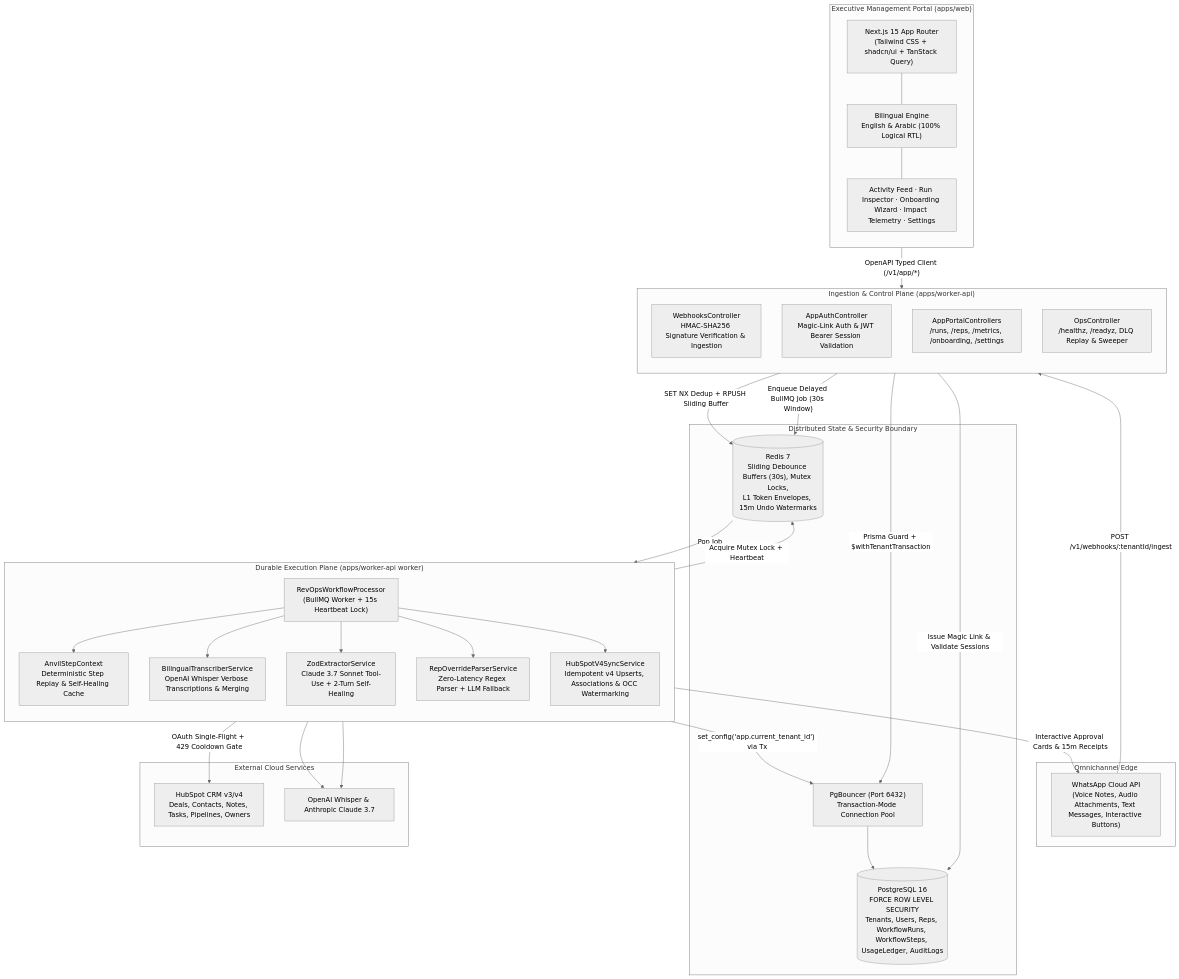
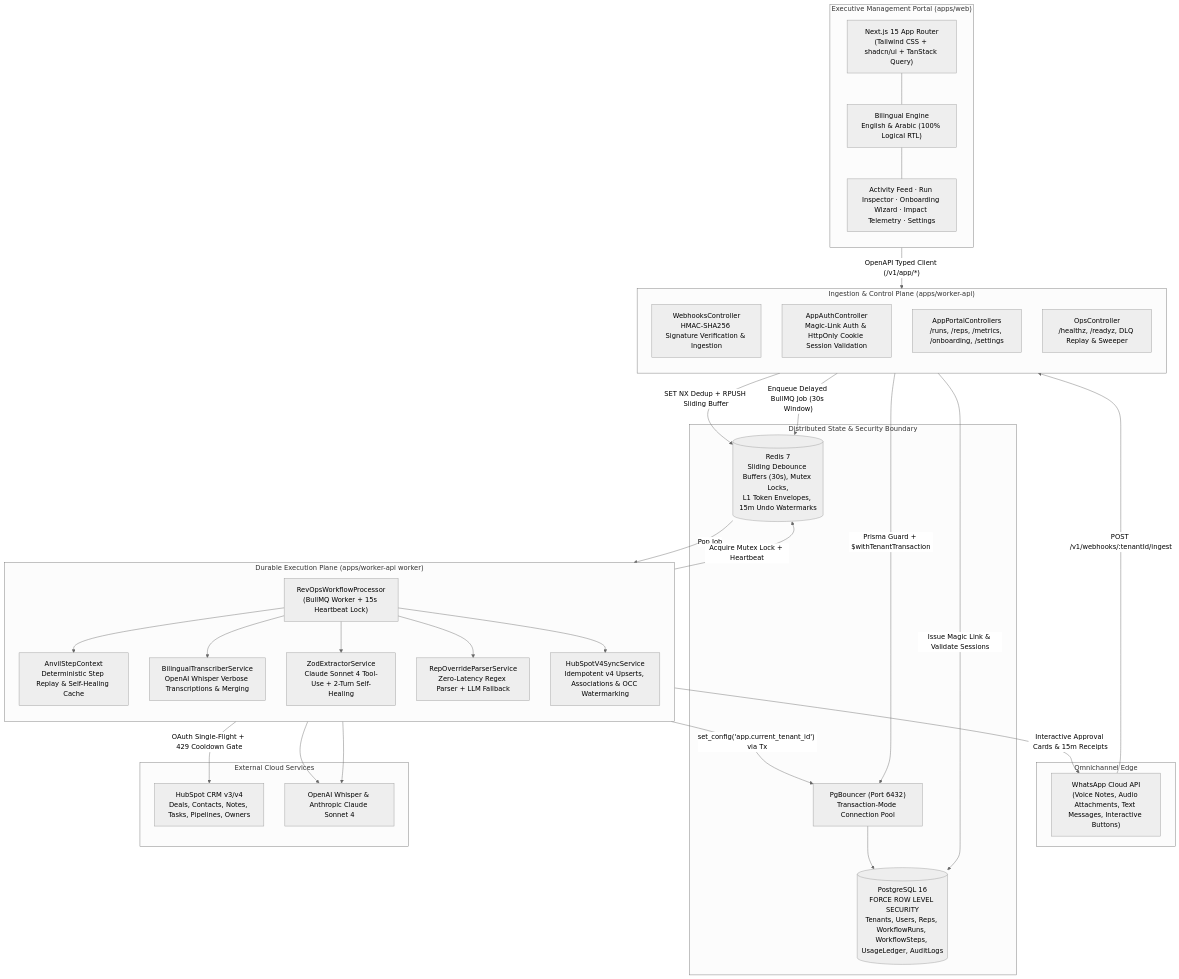
One commit to mo74x/vexel changed the first of 5 diagrams in README.md. Above: the diagram before and after it, drawn with Mermaid (neutral theme). The commit also changed other lines of this file and 9 other files, not shown here.

````diff
--- a/README.md
+++ b/README.md
@@ -42,65 +42,65 @@
 ```mermaid
 flowchart TB
   subgraph Edge["Omnichannel Edge"]
     WA["WhatsApp Cloud API<br/>(Voice Notes, Audio Attachments, Text Messages, Interactive Buttons)"]
   end
 
   subgraph Ingestion["Ingestion & Control Plane (apps/worker-api)"]
     direction TB
     WC["WebhooksController<br/>HMAC-SHA256 Signature Verification & Ingestion"]
-    AUTH["AppAuthController<br/>Magic-Link Auth & JWT Bearer Session Validation"]
+    AUTH["AppAuthController<br/>Magic-Link Auth & HttpOnly Cookie Session Validation"]
     APP["AppPortalControllers<br/>/runs, /reps, /metrics, /onboarding, /settings"]
     OPS["OpsController<br/>/healthz, /readyz, DLQ Replay & Sweeper"]
   end
 
   subgraph State["Distributed State & Security Boundary"]
     REDIS[("Redis 7<br/>Sliding Debounce Buffers (30s), Mutex Locks,<br/>L1 Token Envelopes, 15m Undo Watermarks")]
     PGB["PgBouncer (Port 6432)<br/>Transaction-Mode Connection Pool"]
     PG[("PostgreSQL 16<br/>FORCE ROW LEVEL SECURITY<br/>Tenants, Users, Reps, WorkflowRuns, WorkflowSteps, UsageLedger, AuditLogs")]
   end
 
   subgraph ExecutionPlane["Durable Execution Plane (apps/worker-api worker)"]
     direction TB
     PROC["RevOpsWorkflowProcessor<br/>(BullMQ Worker + 15s Heartbeat Lock)"]
     ANVIL["AnvilStepContext<br/>Deterministic Step Replay & Self-Healing Cache"]
     TRANS["BilingualTranscriberService<br/>OpenAI Whisper Verbose Transcriptions & Merging"]
-    EXT["ZodExtractorService<br/>Claude 3.7 Sonnet Tool-Use + 2-Turn Self-Healing"]
+    EXT["ZodExtractorService<br/>Claude Sonnet 4 Tool-Use + 2-Turn Self-Healing"]
     OVR["RepOverrideParserService<br/>Zero-Latency Regex Parser + LLM Fallback"]
     SYNC["HubSpotV4SyncService<br/>Idempotent v4 Upserts, Associations & OCC Watermarking"]
   end
 
   subgraph Frontend["Executive Management Portal (apps/web)"]
     direction TB
     NEXT["Next.js 15 App Router<br/>(Tailwind CSS + shadcn/ui + TanStack Query)"]
     I18N["Bilingual Engine<br/>English & Arabic (100% Logical RTL)"]
     PAGES["Activity Feed · Run Inspector · Onboarding Wizard · Impact Telemetry · Settings"]
   end
 
   subgraph Providers["External Cloud Services"]
     HS["HubSpot CRM v3/v4<br/>Deals, Contacts, Notes, Tasks, Pipelines, Owners"]
-    AI["OpenAI Whisper & Anthropic Claude 3.7"]
+    AI["OpenAI Whisper & Anthropic Claude Sonnet 4"]
   end
 
   WA -->|"POST /v1/webhooks/:tenantId/ingest"| WC
   WC -->|"SET NX Dedup + RPUSH Sliding Buffer"| REDIS
   WC -->|"Enqueue Delayed BullMQ Job (30s Window)"| REDIS
   REDIS -->|"Pop Job"| PROC
   PROC -->|"Acquire Mutex Lock + Heartbeat"| REDIS
   PROC --> ANVIL
   ANVIL -->|"set_config('app.current_tenant_id') via Tx"| PGB
   PGB --> PG
   PROC --> TRANS
   PROC --> EXT
   PROC --> OVR
   PROC --> SYNC
   TRANS --> AI
   EXT --> AI
   SYNC -->|"OAuth Single-Flight + 429 Cooldown Gate"| HS
   SYNC -->|"Interactive Approval Cards & 15m Receipts"| WA
 
   NEXT -->|"OpenAPI Typed Client (/v1/app/*)"| APP
   APP -->|"Prisma Guard + $withTenantTransaction"| PGB
   AUTH -->|"Issue Magic Link & Validate Sessions"| PG
   NEXT --- I18N
   I18N --- PAGES
 ```
````
